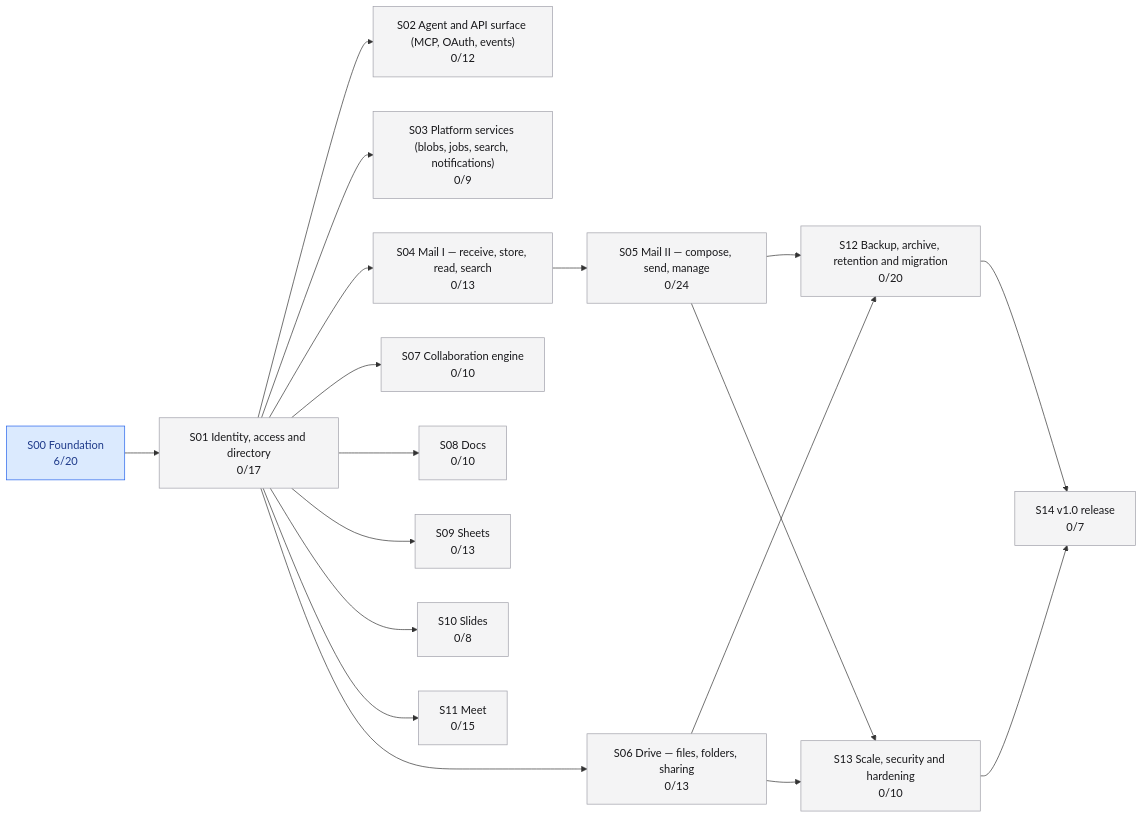
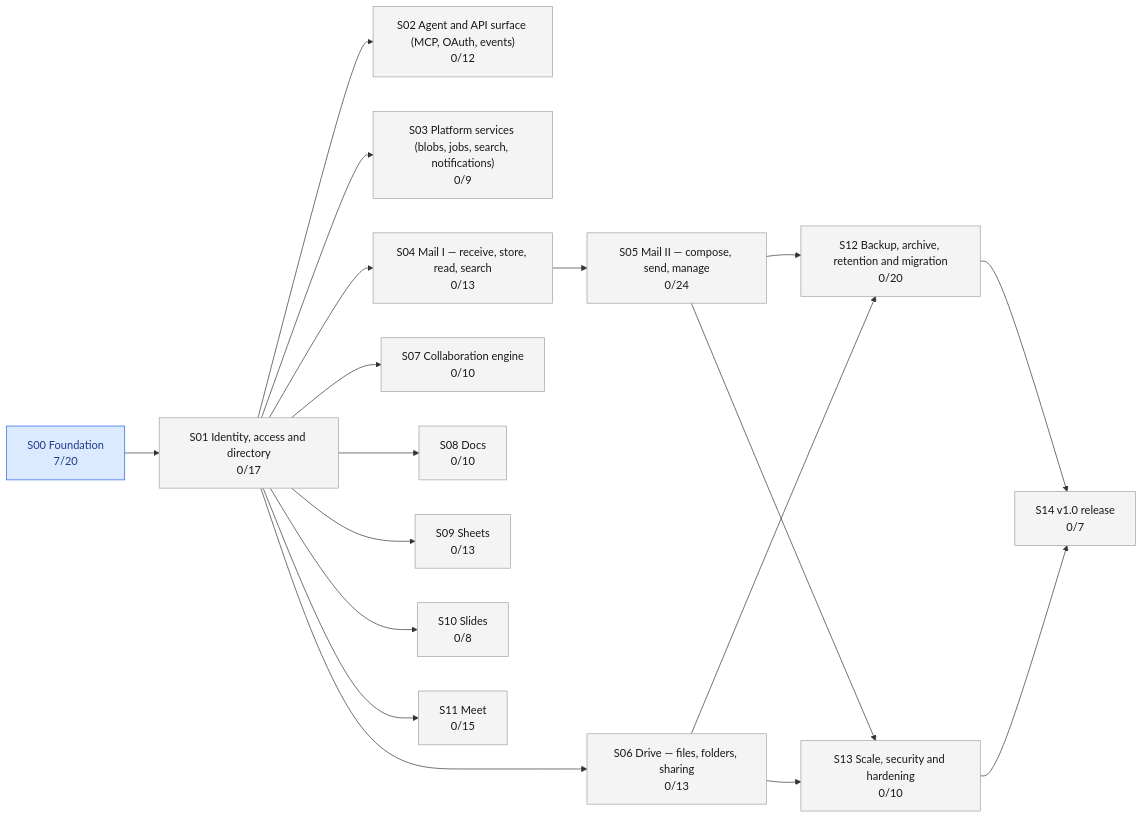
One commit to jaredwray/soldock changed the diagram in plan/STATUS.md. Above: the diagram before and after it, drawn with Mermaid. The commit also changed other lines of this file and 25 other files, not shown here.

````diff
--- a/plan/STATUS.md
+++ b/plan/STATUS.md
@@ -56,38 +56,38 @@
 ```mermaid
 graph LR
-  S00["S00 Foundation<br/>6/20"]:::active
+  S00["S00 Foundation<br/>7/20"]:::active
   S01["S01 Identity, access and directory<br/>0/17"]:::planned
   S02["S02 Agent and API surface (MCP, OAuth, events)<br/>0/12"]:::planned
   S03["S03 Platform services (blobs, jobs, search, notifications)<br/>0/9"]:::planned
   S04["S04 Mail I — receive, store, read, search<br/>0/13"]:::planned
   S05["S05 Mail II — compose, send, manage<br/>0/24"]:::planned
   S06["S06 Drive — files, folders, sharing<br/>0/13"]:::planned
   S07["S07 Collaboration engine<br/>0/10"]:::planned
   S08["S08 Docs<br/>0/10"]:::planned
   S09["S09 Sheets<br/>0/13"]:::planned
   S10["S10 Slides<br/>0/8"]:::planned
   S11["S11 Meet<br/>0/15"]:::planned
   S12["S12 Backup, archive, retention and migration<br/>0/20"]:::planned
   S13["S13 Scale, security and hardening<br/>0/10"]:::planned
   S14["S14 v1.0 release<br/>0/7"]:::planned
   S00 --> S01
   S01 --> S02
   S01 --> S03
   S01 --> S04
   S04 --> S05
   S01 --> S06
   S01 --> S07
   S01 --> S08
   S01 --> S09
   S01 --> S10
   S01 --> S11
   S05 --> S12
   S06 --> S12
   S05 --> S13
   S06 --> S13
   S12 --> S14
   S13 --> S14
   classDef planned fill:#f4f4f5,stroke:#a1a1aa,color:#18181b
   classDef active fill:#dbeafe,stroke:#2563eb,color:#1e3a8a
   classDef done fill:#dcfce7,stroke:#16a34a,color:#14532d
 ```
````
